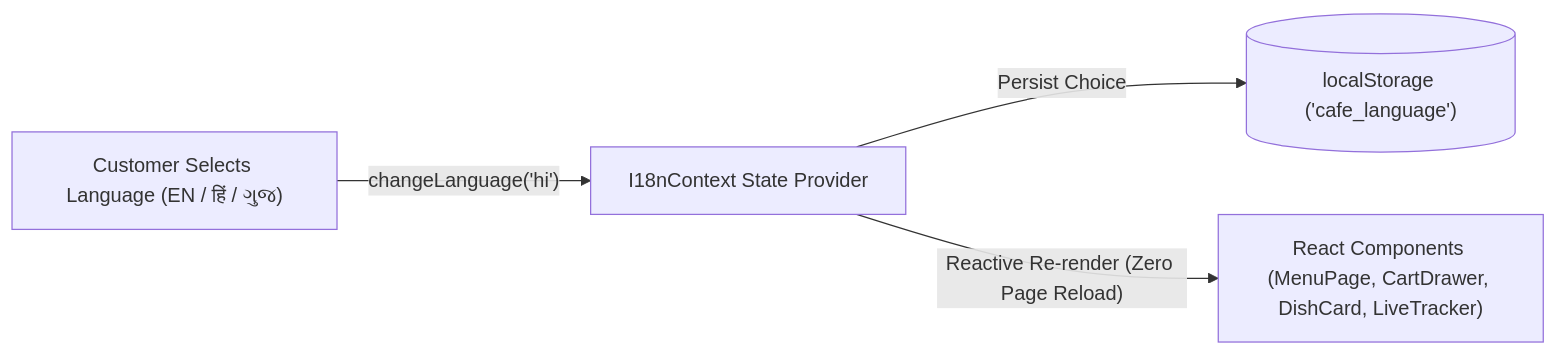
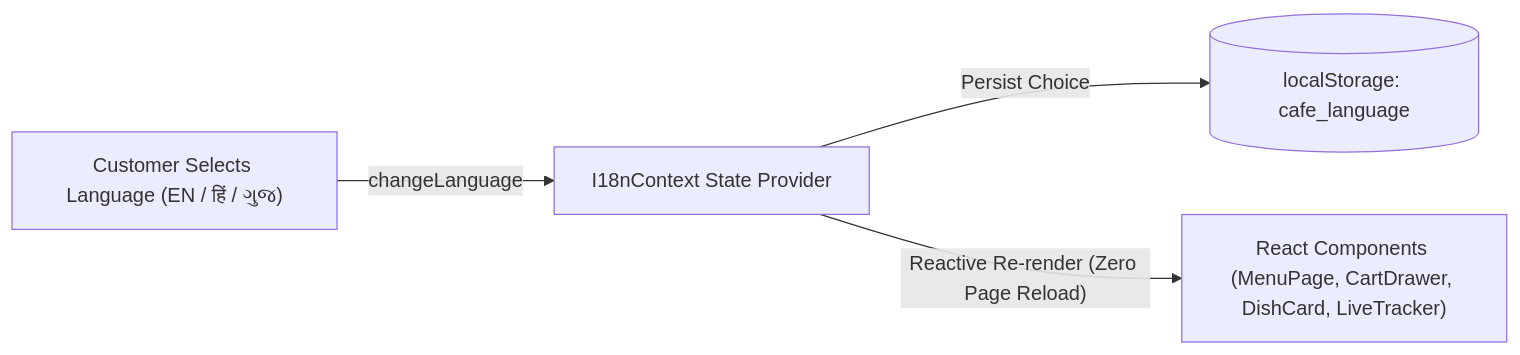
One commit to Anu7276/CAFE_MANAGEMENT_SYSTEM changed the sixth of 6 diagrams in README.md. Above: the diagram before and after it, drawn with Mermaid. The commit also changed other lines of this file, not shown here.

Commit message:
docs(readme): fix mermaid syntax errors in sequence and flowchart diagrams

````diff
--- a/README.md
+++ b/README.md
@@ -399,11 +402,11 @@
 ```mermaid
 flowchart LR
     USER["Customer Selects Language (EN / हिं / ગુજ)"]
     CTX["I18nContext State Provider"]
-    STORE[("localStorage ('cafe_language')")]
+    STORE[("localStorage: cafe_language")]
     VIEWS["React Components (MenuPage, CartDrawer, DishCard, LiveTracker)"]
 
-    USER -->|"changeLanguage('hi')"| CTX
+    USER -->|"changeLanguage"| CTX
     CTX -->|"Persist Choice"| STORE
     CTX -->|"Reactive Re-render (Zero Page Reload)"| VIEWS
 ```
````
